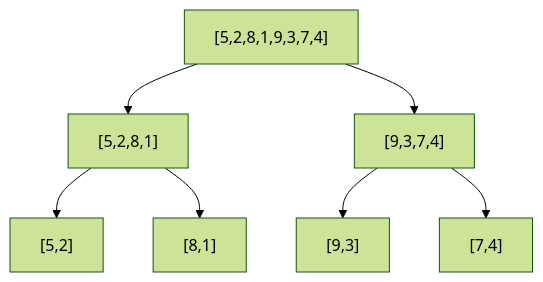
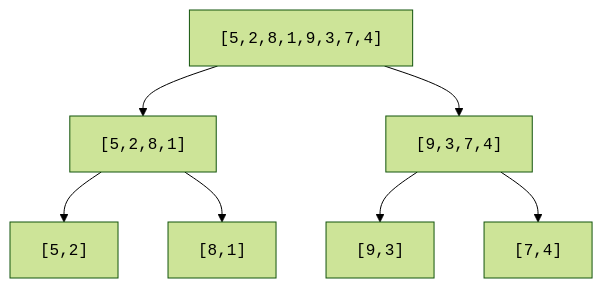
The first of 2 diagrams in content/learn/mastering-dsa-cpp/sorting-efficient.mdx (dataslope/dataslope), drawn with Mermaid (forest theme) before and after one commit. The commit also changed 56 other files, not shown here.

````diff
--- a/content/learn/mastering-dsa-cpp/sorting-efficient.mdx
+++ b/content/learn/mastering-dsa-cpp/sorting-efficient.mdx
@@ -16,9 +16,9 @@
 ```mermaid
 graph TD
-    A["[5,2,8,1,9,3,7,4]"] --> B["[5,2,8,1]"]
-    A --> C["[9,3,7,4]"]
-    B --> D["[5,2]"]
-    B --> E["[8,1]"]
-    C --> F["[9,3]"]
-    C --> G["[7,4]"]
+    A["<code>[5,2,8,1,9,3,7,4]</code>"] --> B["<code>[5,2,8,1]</code>"]
+    A --> C["<code>[9,3,7,4]</code>"]
+    B --> D["<code>[5,2]</code>"]
+    B --> E["<code>[8,1]</code>"]
+    C --> F["<code>[9,3]</code>"]
+    C --> G["<code>[7,4]</code>"]
 ```
````
